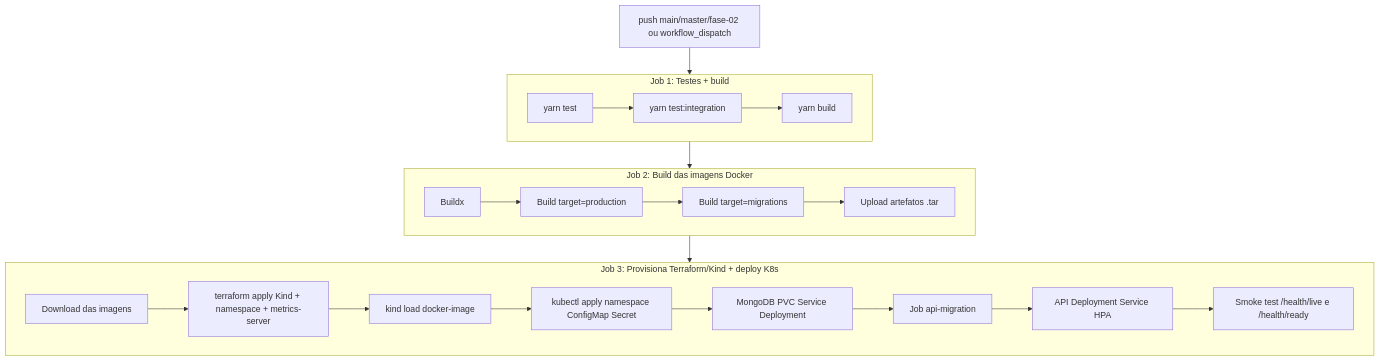
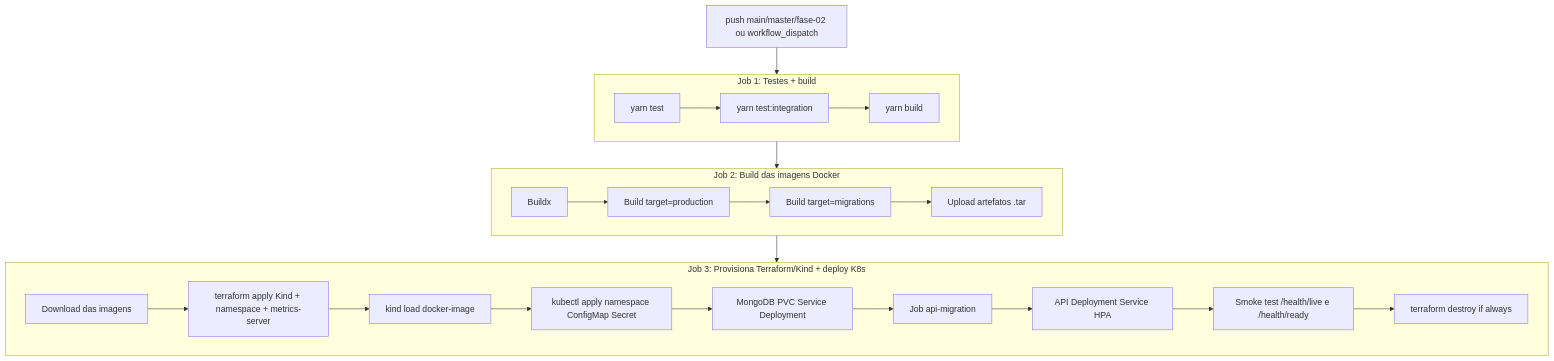
The second of 2 diagrams in docs/diagrams/cicd-deploy.md (DebLopes/tech-challenge-pos-fiap), drawn with Mermaid before and after one commit. The commit also changed other lines of this file and 1 other file, not shown here.

````diff
--- a/docs/diagrams/cicd-deploy.md
+++ b/docs/diagrams/cicd-deploy.md
@@ -26,28 +26,29 @@
 ```mermaid
 flowchart TB
     Trigger["push main/master/fase-02 ou workflow_dispatch"]
 
     subgraph Test["Job 1: Testes + build"]
         T1["yarn test"] --> T2["yarn test:integration"] --> T3["yarn build"]
     end
 
     subgraph Images["Job 2: Build das imagens Docker"]
         I1["Buildx"] --> I2["Build target=production"]
         I2 --> I3["Build target=migrations"]
         I3 --> I4["Upload artefatos .tar"]
     end
 
     subgraph Deploy["Job 3: Provisiona Terraform/Kind + deploy K8s"]
         D1["Download das imagens"] --> D2["terraform apply Kind + namespace + metrics-server"]
         D2 --> D3["kind load docker-image"]
         D3 --> D4["kubectl apply namespace ConfigMap Secret"]
         D4 --> D5["MongoDB PVC Service Deployment"]
         D5 --> D6["Job api-migration"]
         D6 --> D7["API Deployment Service HPA"]
         D7 --> D8["Smoke test /health/live e /health/ready"]
+        D8 --> D9["terraform destroy if always"]
     end
 
     Trigger --> Test
     Test --> Images
     Images --> Deploy
 ```
````
